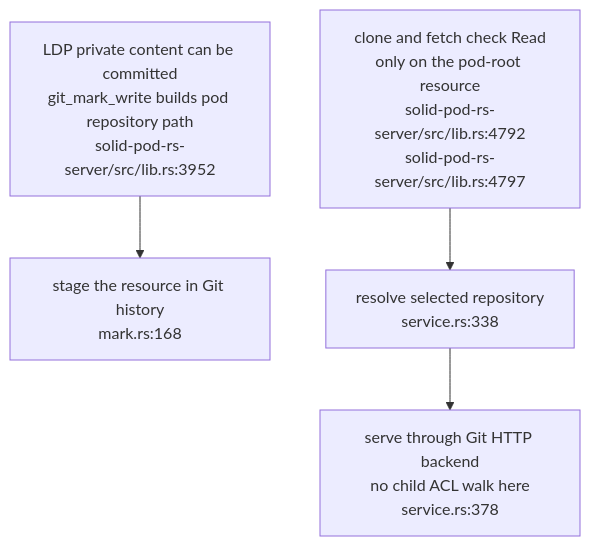
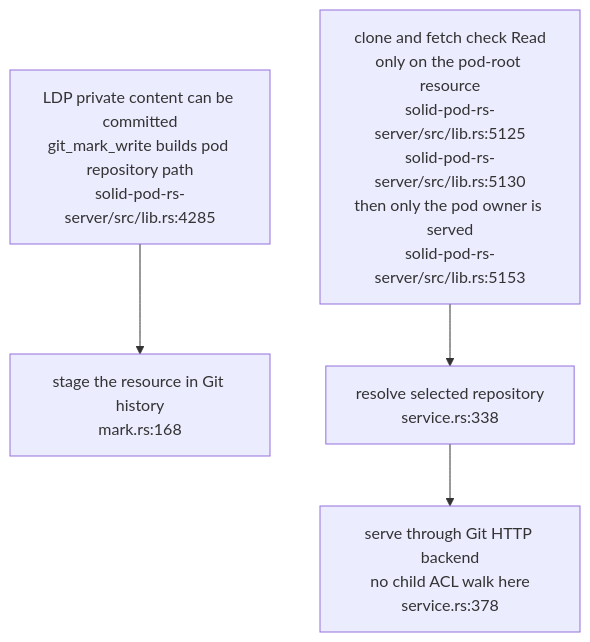
Before and after one commit to DreamLab-AI/VisionFlow: the second of 4 diagrams in docs/diagrams/solid-pod-rs/14-git-export-boundaries.md, drawn with Mermaid. The commit also changed other lines of this file and 59 other files, not shown here.

First line of the commit message:
docs(diagrams): re-derive and re-stamp forum, website, pod, ontomark and sealmap topics

````diff
--- a/docs/diagrams/solid-pod-rs/14-git-export-boundaries.md
+++ b/docs/diagrams/solid-pod-rs/14-git-export-boundaries.md
@@ -46,10 +46,10 @@
 ```mermaid
 flowchart TD
-    WRITE["LDP private content can be committed<br/>git_mark_write builds pod repository path<br/>solid-pod-rs-server/src/lib.rs:3952"]
+    WRITE["LDP private content can be committed<br/>git_mark_write builds pod repository path<br/>solid-pod-rs-server/src/lib.rs:4285"]
     MARK["stage the resource in Git history<br/>mark.rs:168"]
-    READ["clone and fetch check Read<br/>only on the pod-root resource<br/>solid-pod-rs-server/src/lib.rs:4792<br/>solid-pod-rs-server/src/lib.rs:4797"]
+    READ["clone and fetch check Read<br/>only on the pod-root resource<br/>solid-pod-rs-server/src/lib.rs:5125<br/>solid-pod-rs-server/src/lib.rs:5130<br/>then only the pod owner is served<br/>solid-pod-rs-server/src/lib.rs:5153"]
     SELECT["resolve selected repository<br/>service.rs:338"]
     CGI["serve through Git HTTP backend<br/>no child ACL walk here<br/>service.rs:378"]
     WRITE --> MARK
     READ --> SELECT --> CGI
 ```
````
